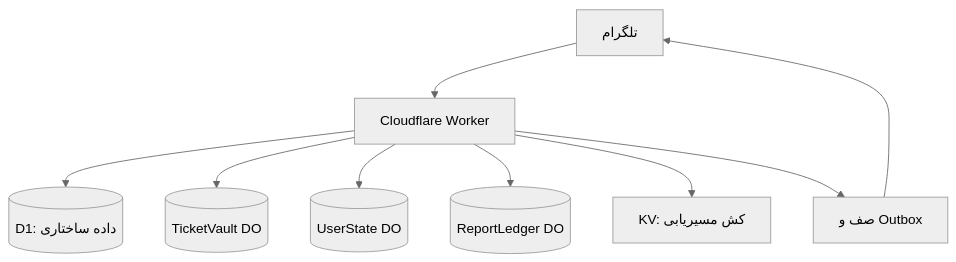
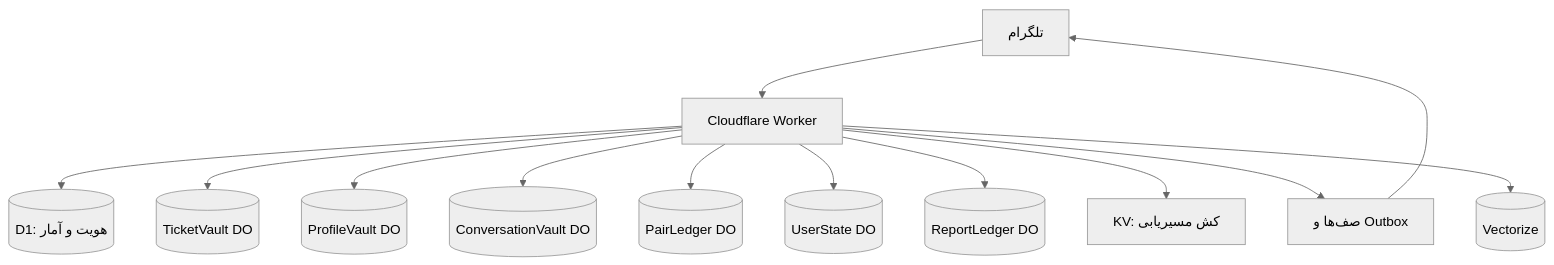
The third of 3 diagrams in content/fa/blog/building-nekonymous-anonymous-telegram-bot.md (mohetios/mohetios.dev), drawn with Mermaid (neutral theme) before and after one commit. The commit also changed other lines of this file and 1 other file, not shown here.

First line of the commit message:
docs(fa): align Nekonymous lab and blog with Conversation Suggestions V2

````diff
--- a/content/fa/blog/building-nekonymous-anonymous-telegram-bot.md
+++ b/content/fa/blog/building-nekonymous-anonymous-telegram-bot.md
@@ -283,11 +292,15 @@
 ```mermaid
 flowchart TD
   TG[تلگرام] --> W[Cloudflare Worker]
-  W --> D1[(D1: داده ساختاری)]
+  W --> D1[(D1: هویت و آمار)]
   W --> TVDO[(TicketVault DO)]
+  W --> PVD[(ProfileVault DO)]
+  W --> CVD[(ConversationVault DO)]
+  W --> PLD[(PairLedger DO)]
   W --> USDO[(UserState DO)]
   W --> RLDO[(ReportLedger DO)]
   W --> KV[KV: کش مسیر‌یابی]
-  W --> Q[صف و Outbox]
+  W --> Q[صف‌ها و Outbox]
   Q --> TG
+  W --> V[(Vectorize)]
 ```
````
